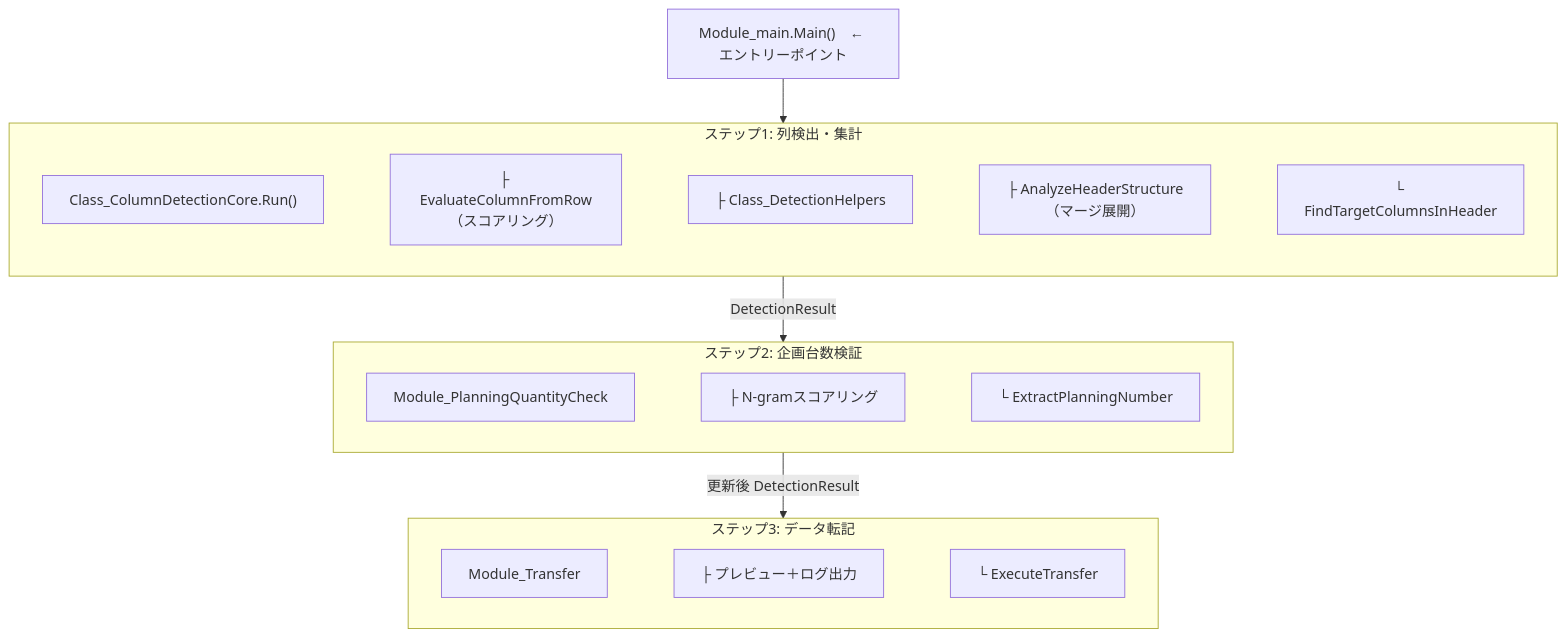
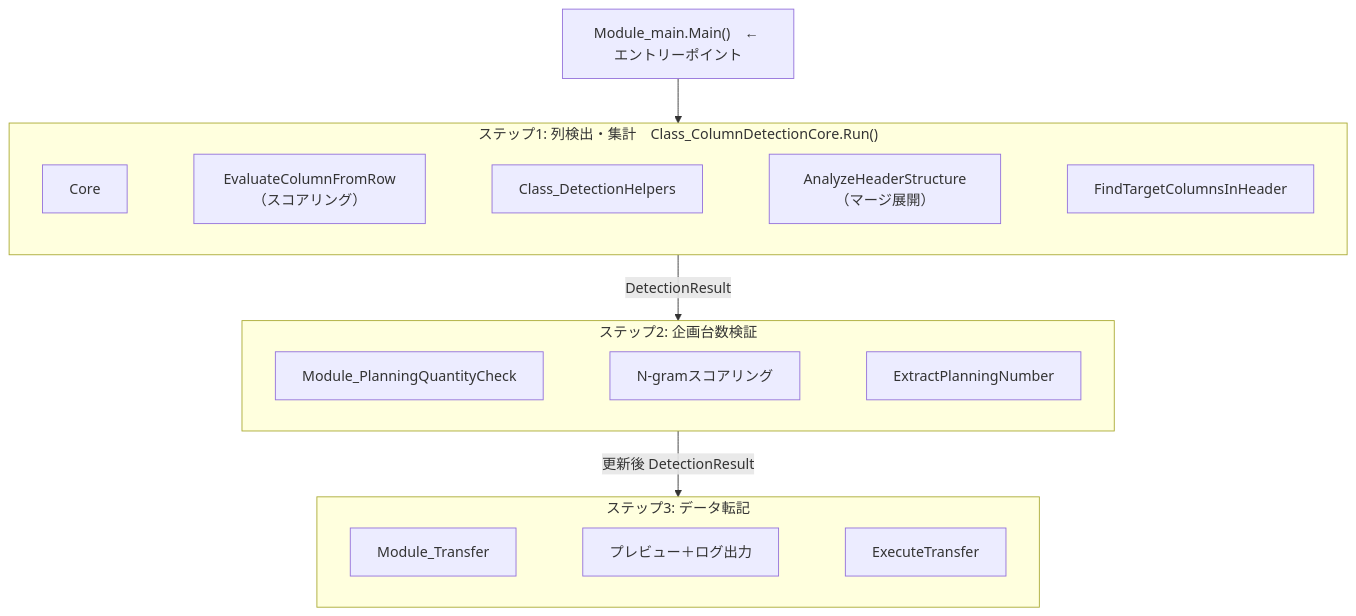
Before and after one commit to aki0178/business-system-design-portfolio: the diagram in 01_normalizer.md, drawn with Mermaid.

````diff
--- a/01_normalizer.md
+++ b/01_normalizer.md
@@ -48,36 +48,35 @@
 ```mermaid
 flowchart TB
     Main["Module_main.Main()　← エントリーポイント"]
 
-    subgraph Step1["ステップ1: 列検出・集計"]
-        Core["Class_ColumnDetectionCore.Run()"]
-        Eval["├ EvaluateColumnFromRow（スコアリング）"]
-        Helpers["├ Class_DetectionHelpers"]
-        Header["├ AnalyzeHeaderStructure（マージ展開）"]
-        Find["└ FindTargetColumnsInHeader"]
+    subgraph Step1["ステップ1: 列検出・集計　Class_ColumnDetectionCore.Run()"]
+        Eval["EvaluateColumnFromRow（スコアリング）"]
+        Helpers["Class_DetectionHelpers"]
+        Header["AnalyzeHeaderStructure（マージ展開）"]
+        Find["FindTargetColumnsInHeader"]
         Core ~~~ Eval
         Eval ~~~ Helpers
         Helpers ~~~ Header
         Header ~~~ Find
     end
 
     subgraph Step2["ステップ2: 企画台数検証"]
         PQC["Module_PlanningQuantityCheck"]
-        NGram["├ N-gramスコアリング"]
-        Extract["└ ExtractPlanningNumber"]
+        NGram["N-gramスコアリング"]
+        Extract["ExtractPlanningNumber"]
         PQC ~~~ NGram
         NGram ~~~ Extract
     end
 
     subgraph Step3["ステップ3: データ転記"]
         Transfer["Module_Transfer"]
-        Preview["├ プレビュー＋ログ出力"]
-        Exec["└ ExecuteTransfer"]
+        Preview["プレビュー＋ログ出力"]
+        Exec["ExecuteTransfer"]
         Transfer ~~~ Preview
         Preview ~~~ Exec
     end
 
     Main --> Step1
     Step1 -- "DetectionResult" --> Step2
     Step2 -- "更新後 DetectionResult" --> Step3
 ```
````
